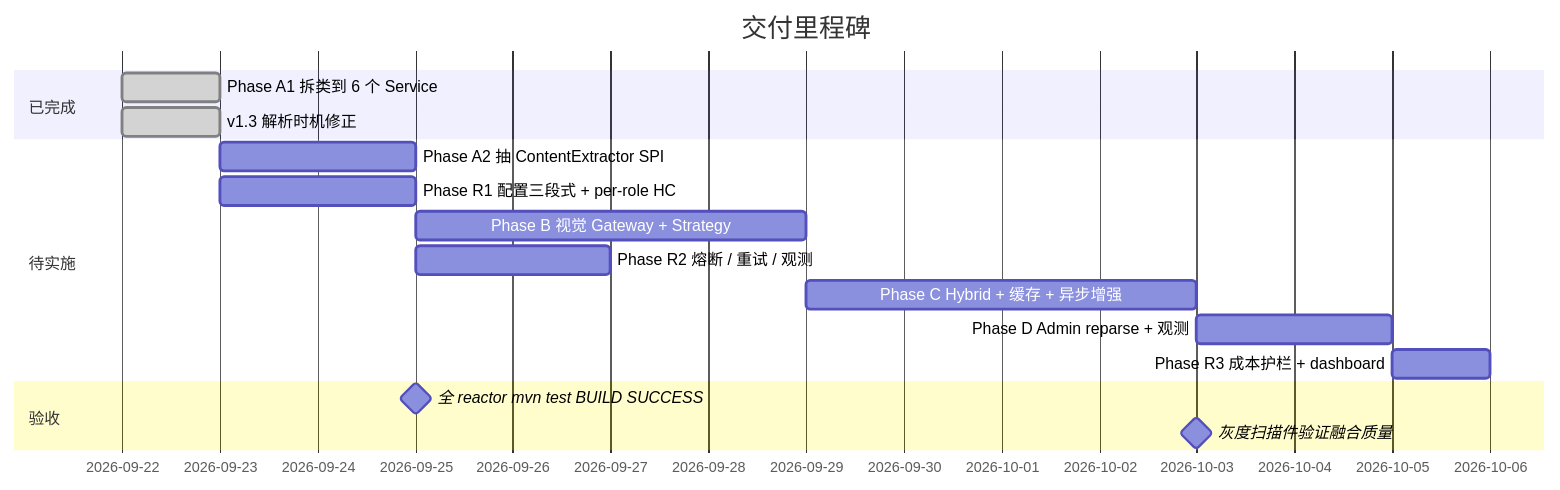
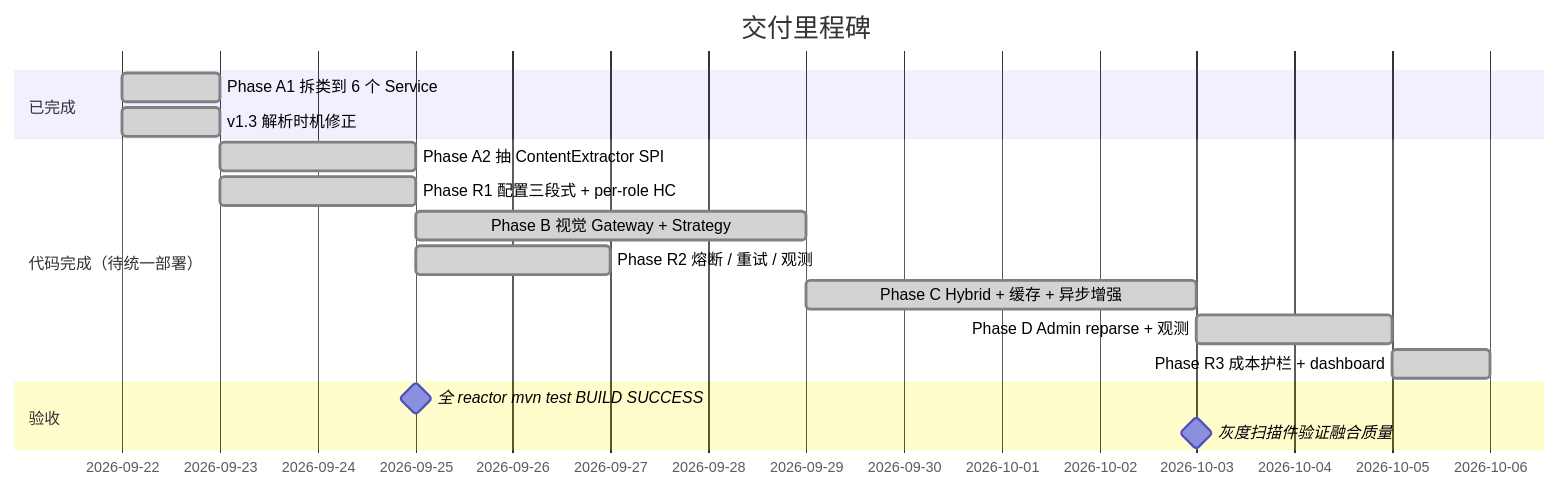
One commit to mouhinU/Knowledge_Repository changed the sixth of 7 diagrams in docs/extraction-strategy-refactor-plan.md. Above: the diagram before and after it, drawn with Mermaid. The commit also changed other lines of this file, not shown here.

First line of the commit message:
docs(extractor): 方案文档 v1.5 — Phase C/D/R3 状态推进为代码完成（零漂移）

````diff
--- a/docs/extraction-strategy-refactor-plan.md
+++ b/docs/extraction-strategy-refactor-plan.md
@@ -199,19 +200,19 @@
 ```mermaid
 gantt
     title 交付里程碑
     dateFormat  YYYY-MM-DD
     section 已完成
     Phase A1 拆类到 6 个 Service          :done, a1, 2026-09-22, 1d
     v1.3 解析时机修正                      :done, v13, 2026-09-22, 1d
-    section 待实施
-    Phase A2 抽 ContentExtractor SPI      :a2, 2026-09-23, 2d
-    Phase R1 配置三段式 + per-role HC     :r1, 2026-09-23, 2d
-    Phase B  视觉 Gateway + Strategy      :b,  after a2, 4d
-    Phase R2 熔断 / 重试 / 观测           :r2, after a2, 2d
-    Phase C  Hybrid + 缓存 + 异步增强     :c,  after b, 4d
-    Phase D  Admin reparse + 观测          :d,  after c, 2d
-    Phase R3 成本护栏 + dashboard         :r3, after d, 1d
+    section 代码完成（待统一部署）
+    Phase A2 抽 ContentExtractor SPI      :done, a2, 2026-09-23, 2d
+    Phase R1 配置三段式 + per-role HC     :done, r1, 2026-09-23, 2d
+    Phase B  视觉 Gateway + Strategy      :done, b,  after a2, 4d
+    Phase R2 熔断 / 重试 / 观测           :done, r2, after a2, 2d
+    Phase C  Hybrid + 缓存 + 异步增强     :done, c,  after b, 4d
+    Phase D  Admin reparse + 观测         :done, d,  after c, 2d
+    Phase R3 成本护栏 + dashboard         :done, r3, after d, 1d
     section 验收
     全 reactor mvn test BUILD SUCCESS     :milestone, after a2, 0d
     灰度扫描件验证融合质量                 :milestone, after c, 0d
 ```
````
